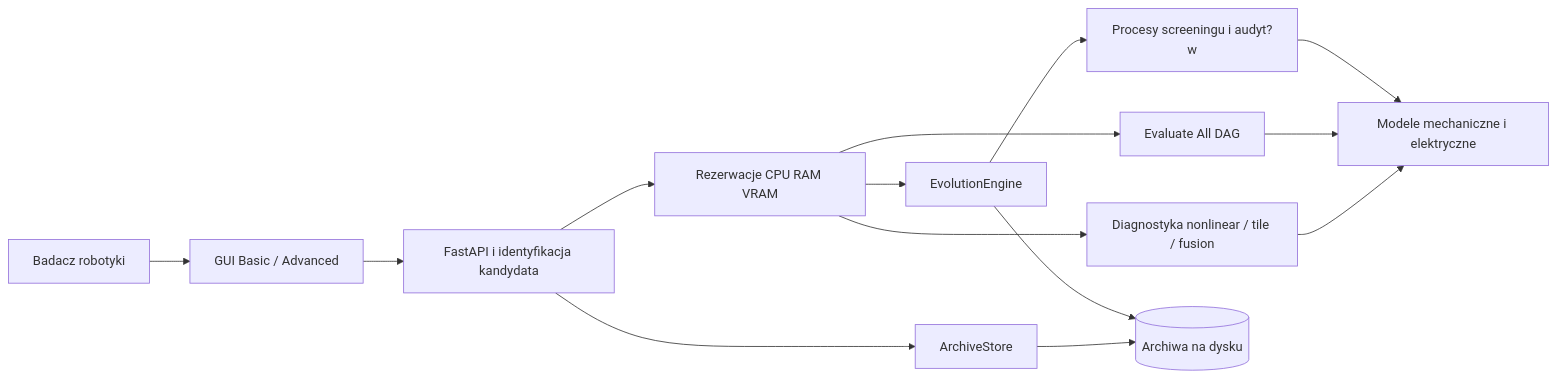
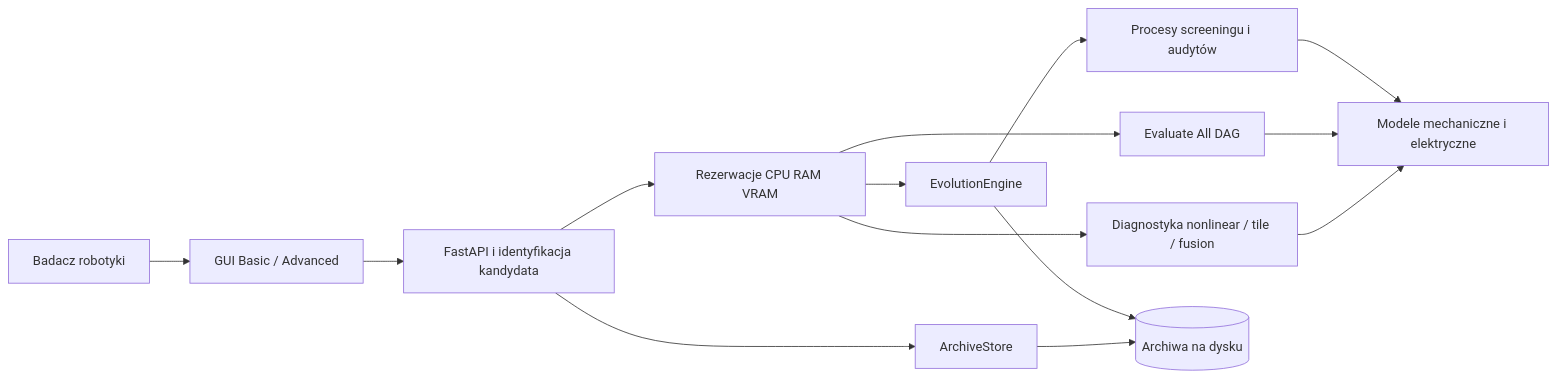
Before and after one commit to Fiooodooor/NeuroSkin: the first of 4 diagrams in docs/ARCHITECTURE.md, drawn with Mermaid. The commit also changed other lines of this file and 4 other files, not shown here.

````diff
--- a/docs/ARCHITECTURE.md
+++ b/docs/ARCHITECTURE.md
@@ -5,16 +5,16 @@
 ```mermaid
 flowchart LR
   U[Badacz robotyki] --> UI[GUI Basic / Advanced]
   UI --> API[FastAPI i identyfikacja kandydata]
   API --> C[Rezerwacje CPU RAM VRAM]
   C --> E[EvolutionEngine]
   C --> M[Evaluate All DAG]
   C --> D[Diagnostyka nonlinear / tile / fusion]
-  E --> W[Procesy screeningu i audyt?w]
+  E --> W[Procesy screeningu i audytów]
   W --> N[Modele mechaniczne i elektryczne]
   M --> N
   D --> N
   E --> F[(Archiwa na dysku)]
   API --> A[ArchiveStore]
   A --> F
 ```
````
